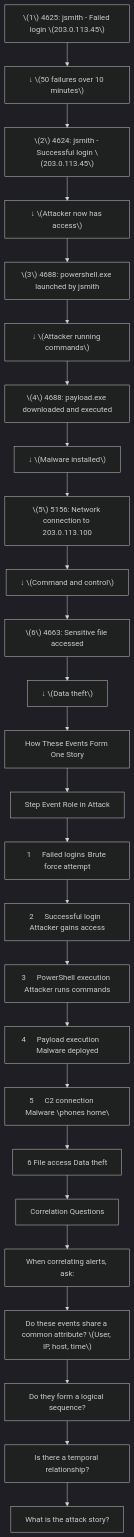
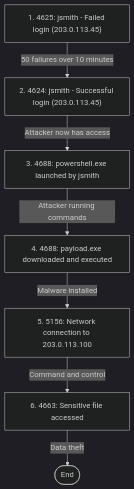
One commit to vishalkumar28/SOC-Training changed the diagram in src/data/content/day1/security-alert-correlation.md. Above: the diagram before and after it, drawn with Mermaid (dark theme). The commit also changed other lines of this file and 11 other files, not shown here.

````diff
--- a/src/data/content/day1/security-alert-correlation.md
+++ b/src/data/content/day1/security-alert-correlation.md
@@ -21,29 +21,9 @@
 ```mermaid
 graph TD
-    A["\(1\) 4625: jsmith - Failed login \(203.0.113.45\)"]
-    A --> B["↓ \(50 failures over 10 minutes\)"]
-    B --> C["\(2\) 4624: jsmith - Successful login \(203.0.113.45\)"]
-    C --> D["↓ \(Attacker now has access\)"]
-    D --> E["\(3\) 4688: powershell.exe launched by jsmith"]
-    E --> F["↓ \(Attacker running commands\)"]
-    F --> G["\(4\) 4688: payload.exe downloaded and executed"]
-    G --> H["↓ \(Malware installed\)"]
-    H --> I["\(5\) 5156: Network connection to 203.0.113.100"]
-    I --> J["↓ \(Command and control\)"]
-    J --> K["\(6\) 4663: Sensitive file accessed"]
-    K --> L["↓ \(Data theft\)"]
-    L --> M["How These Events Form One Story"]
-    M --> N["Step	Event	Role in Attack"]
-    N --> O["1	Failed logins	Brute force attempt"]
-    O --> P["2	Successful login	Attacker gains access"]
-    P --> Q["3	PowerShell execution	Attacker runs commands"]
-    Q --> R["4	Payload execution	Malware deployed"]
-    R --> S["5	C2 connection	Malware \"phones home\""]
-    S --> T["6	File access	Data theft"]
-    T --> U["Correlation Questions"]
-    U --> V["When correlating alerts, ask:"]
-    V --> W["Do these events share a common attribute? \(User, IP, host, time\)"]
-    W --> X["Do they form a logical sequence?"]
-    X --> Y["Is there a temporal relationship?"]
-    Y --> Z["What is the attack story?"]
+    A["1. 4625: jsmith - Failed login (203.0.113.45)"] -->|50 failures over 10 minutes| B["2. 4624: jsmith - Successful login (203.0.113.45)"]
+    B -->|Attacker now has access| C["3. 4688: powershell.exe launched by jsmith"]
+    C -->|Attacker running commands| D["4. 4688: payload.exe downloaded and executed"]
+    D -->|Malware installed| E["5. 5156: Network connection to 203.0.113.100"]
+    E -->|Command and control| F["6. 4663: Sensitive file accessed"]
+    F -->|Data theft| G([End])
 ```
````
